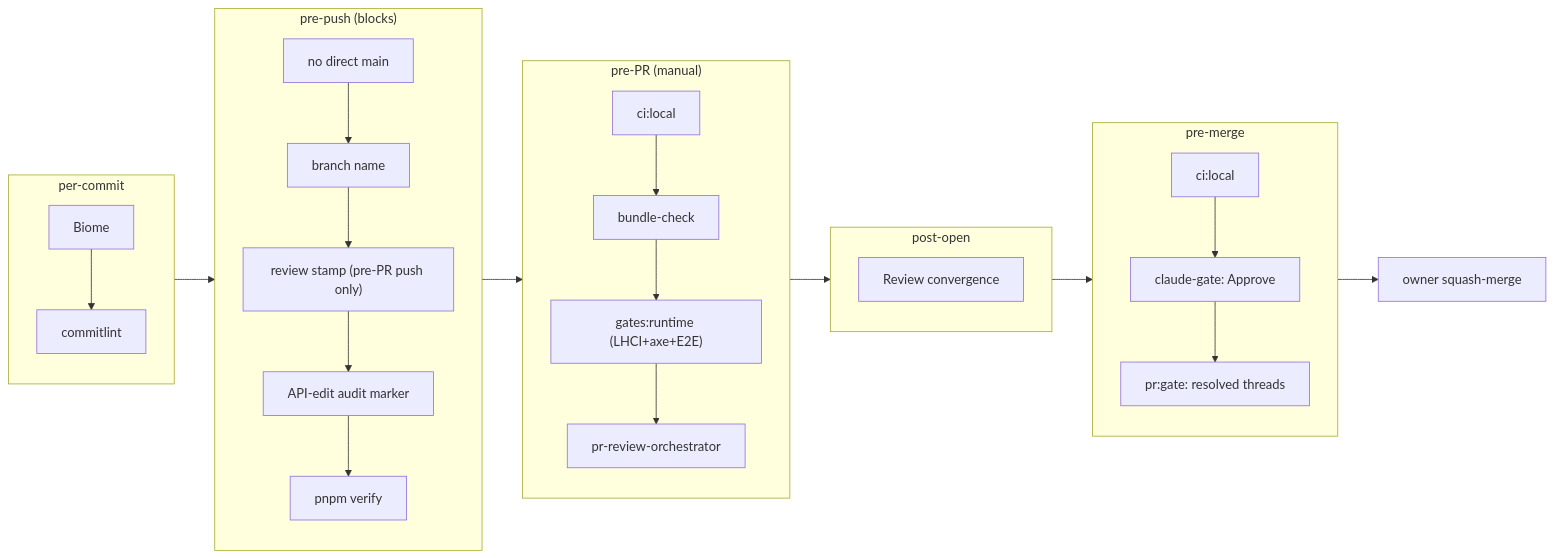
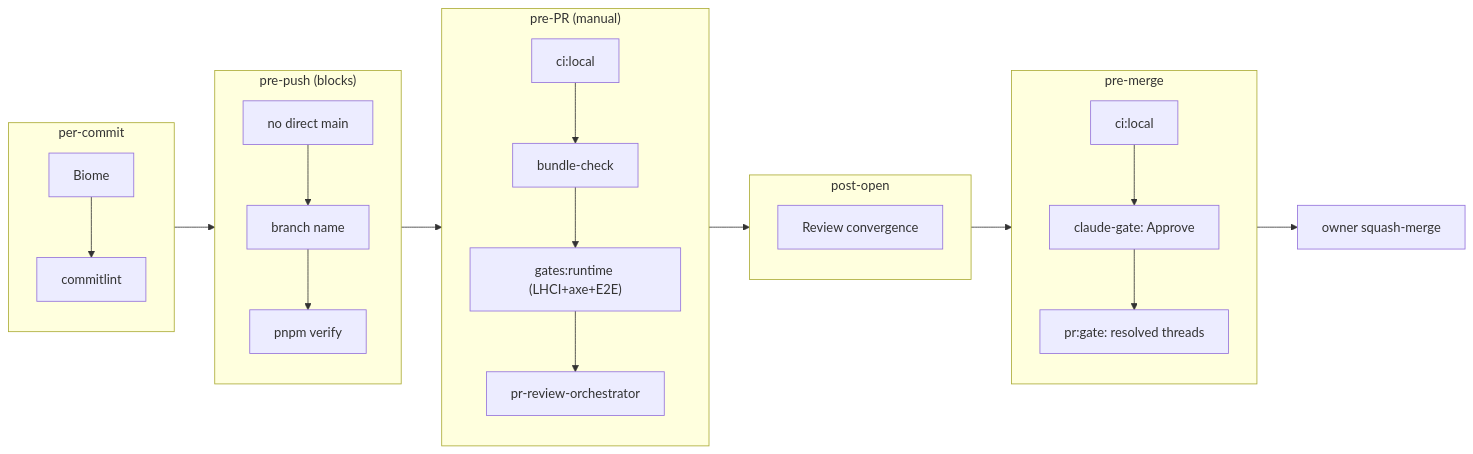
The second of 2 diagrams in docs/handbook/development-lifecycle.md (erikunha/portfolio), drawn with Mermaid before and after one commit. The commit also changed 9 other files, not shown here.

First line of the commit message:
docs(handbook): no current page describes the removed stamp or 4-agent review

````diff
--- a/docs/handbook/development-lifecycle.md
+++ b/docs/handbook/development-lifecycle.md
@@ -80,19 +80,19 @@
 ```mermaid
 flowchart LR
     subgraph commit["per-commit"]
         g1["Biome"] --> g2["commitlint"]
     end
     subgraph prepush["pre-push (blocks)"]
-        g3["no direct main"] --> g4["branch name"] --> g5["review stamp (pre-PR push only)"] --> g6["API-edit audit marker"] --> g7["pnpm verify"]
+        g3["no direct main"] --> g4["branch name"] --> g7["pnpm verify"]
     end
     subgraph prepr["pre-PR (manual)"]
         g8["ci:local"] --> g9["bundle-check"] --> g11["gates:runtime (LHCI+axe+E2E)"] --> g12["pr-review-orchestrator"]
     end
     subgraph open["post-open"]
         g13["Review convergence"]
     end
     subgraph premerge["pre-merge"]
         g15["ci:local"] --> g17["claude-gate: Approve"] --> g18["pr:gate: resolved threads"]
     end
     commit --> prepush --> prepr --> open --> premerge --> merge["owner squash-merge"]
 ```
````
